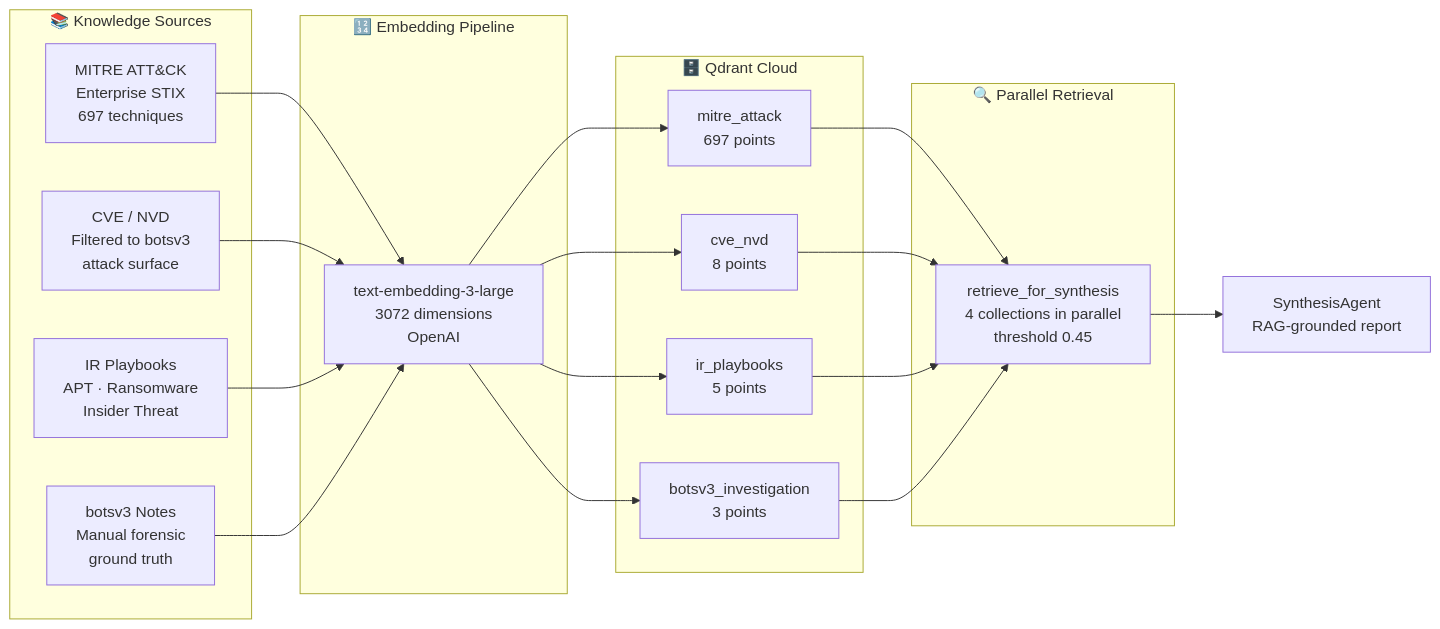
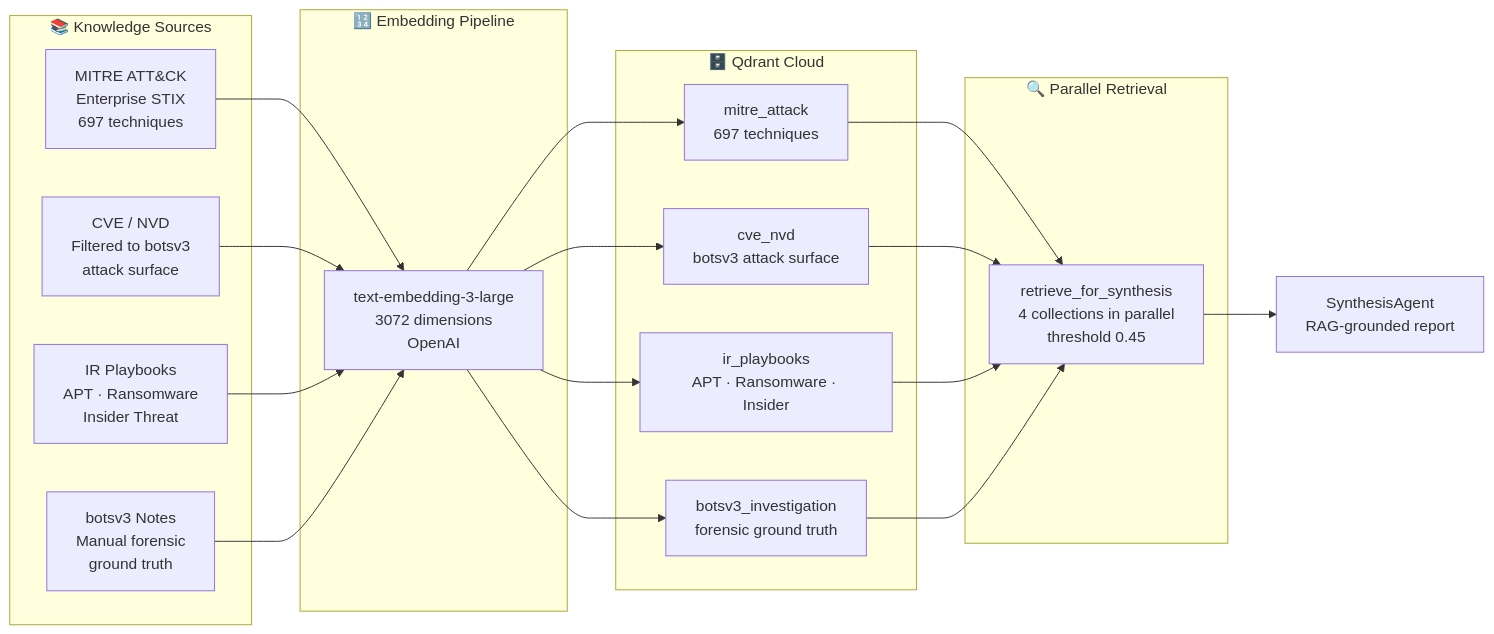
The third of 6 diagrams in README.md (Asembris/splunk-sentinel), drawn with Mermaid before and after one commit. The commit also changed other lines of this file, not shown here.

````diff
--- a/README.md
+++ b/README.md
@@ -130,30 +137,30 @@
 ```mermaid
 graph LR
     subgraph SOURCES ["📚 Knowledge Sources"]
         A[MITRE ATT&CK<br/>Enterprise STIX<br/>697 techniques]
         B[CVE / NVD<br/>Filtered to botsv3<br/>attack surface]
         C[IR Playbooks<br/>APT · Ransomware<br/>Insider Threat]
         D[botsv3 Notes<br/>Manual forensic<br/>ground truth]
     end
 
     subgraph EMBEDDING ["🔢 Embedding Pipeline"]
         E[text-embedding-3-large<br/>3072 dimensions<br/>OpenAI]
     end
 
     subgraph STORE ["🗄️ Qdrant Cloud"]
-        F[mitre_attack<br/>697 points]
-        G[cve_nvd<br/>8 points]
-        H[ir_playbooks<br/>5 points]
-        I[botsv3_investigation<br/>3 points]
+        F[mitre_attack<br/>697 techniques]
+        G[cve_nvd<br/>botsv3 attack surface]
+        H[ir_playbooks<br/>APT · Ransomware · Insider]
+        I[botsv3_investigation<br/>forensic ground truth]
     end
 
     subgraph RETRIEVAL ["🔍 Parallel Retrieval"]
         J[retrieve_for_synthesis<br/>4 collections in parallel<br/>threshold 0.45]
     end
 
     A --> E --> F --> J
     B --> E --> G --> J
     C --> E --> H --> J
     D --> E --> I --> J
     J --> K[SynthesisAgent<br/>RAG-grounded report]
 ```
````
